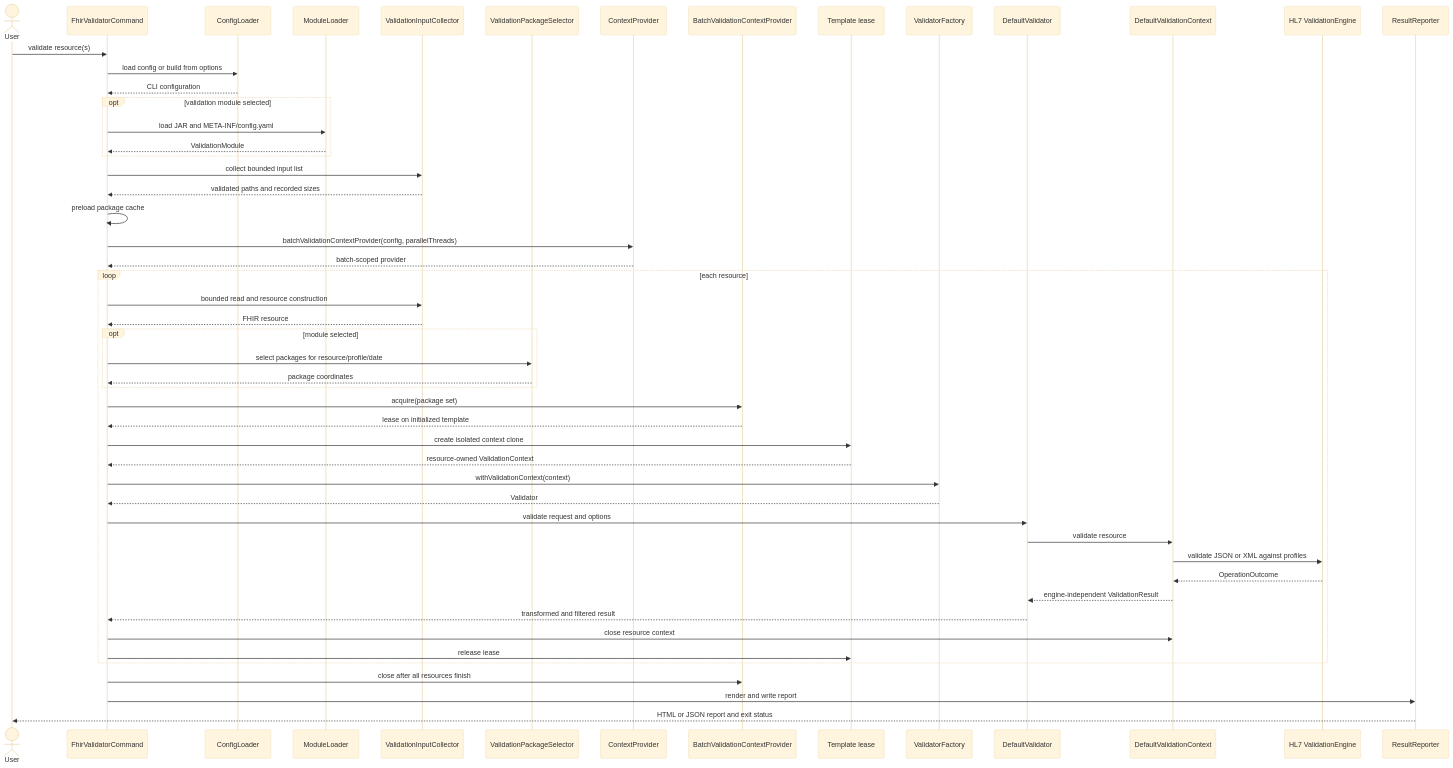
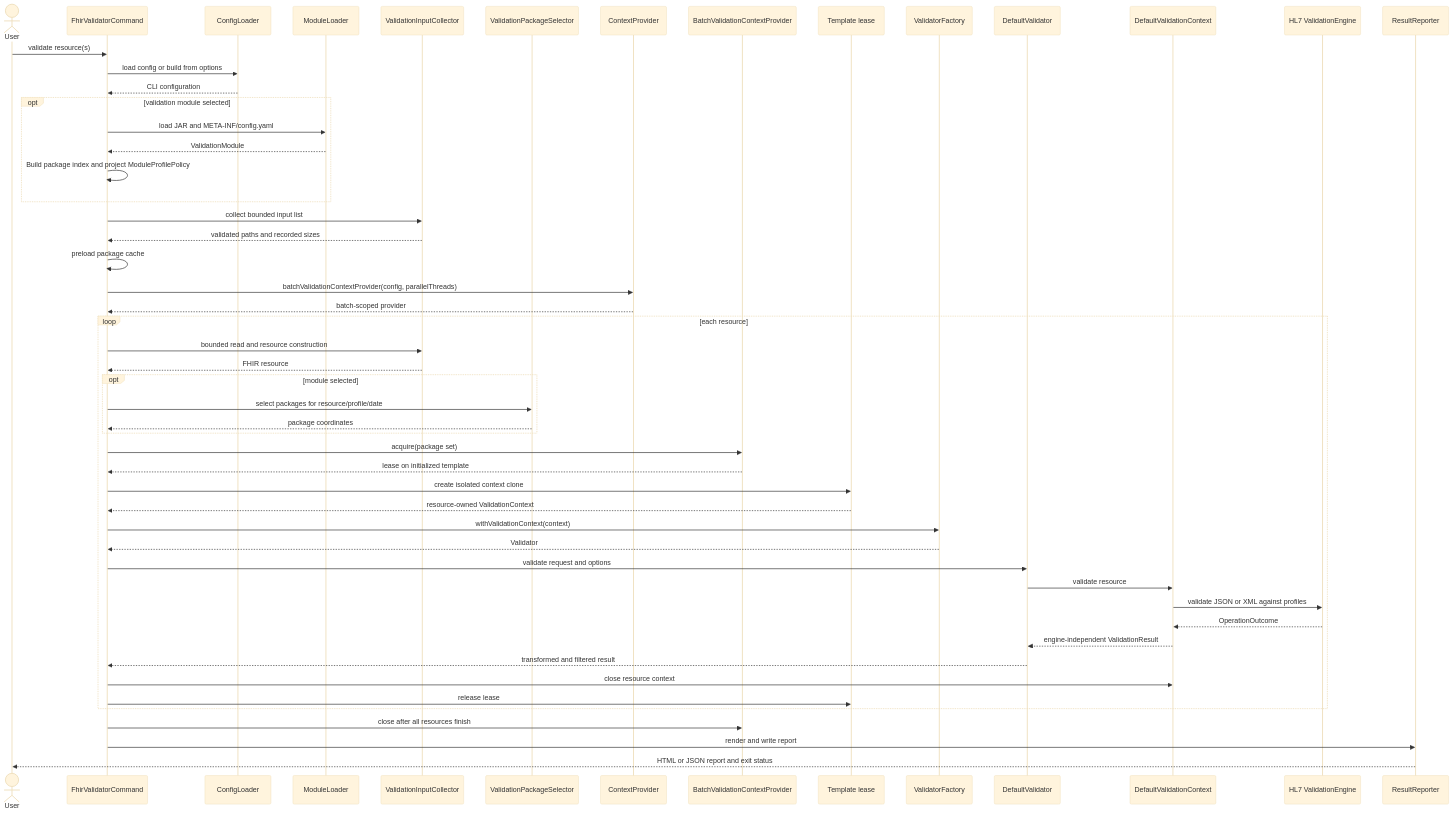
One commit to gematik/app-referencevalidator changed the first of 4 diagrams in docs/arc42/06-runtime-view.md. Above: the diagram before and after it, drawn with Mermaid (base theme). The commit also changed other lines of this file and 17 other files, not shown here.

````diff
--- a/docs/arc42/06-runtime-view.md
+++ b/docs/arc42/06-runtime-view.md
@@ -7,54 +7,55 @@
 ```mermaid
 sequenceDiagram
     actor User
     participant CLI as FhirValidatorCommand
     participant Loader as ConfigLoader
     participant Module as ModuleLoader
     participant Inputs as ValidationInputCollector
     participant Selector as ValidationPackageSelector
     participant ContextProvider
     participant Batch as BatchValidationContextProvider
     participant Template as Template lease
     participant Factory as ValidatorFactory
     participant Validator as DefaultValidator
     participant Context as DefaultValidationContext
     participant Engine as HL7 ValidationEngine
     participant Reporter as ResultReporter
     User ->> CLI: validate resource(s)
     CLI ->> Loader: load config or build from options
     Loader -->> CLI: CLI configuration
     opt validation module selected
         CLI ->> Module: load JAR and META-INF/config.yaml
         Module -->> CLI: ValidationModule
+        CLI ->> CLI: Build package index and project ModuleProfilePolicy
     end
     CLI ->> Inputs: collect bounded input list
     Inputs -->> CLI: validated paths and recorded sizes
     CLI ->> CLI: preload package cache
     CLI ->> ContextProvider: batchValidationContextProvider(config, parallelThreads)
     ContextProvider -->> CLI: batch-scoped provider
     loop each resource
         CLI ->> Inputs: bounded read and resource construction
         Inputs -->> CLI: FHIR resource
         opt module selected
             CLI ->> Selector: select packages for resource/profile/date
             Selector -->> CLI: package coordinates
         end
         CLI ->> Batch: acquire(package set)
         Batch -->> CLI: lease on initialized template
         CLI ->> Template: create isolated context clone
         Template -->> CLI: resource-owned ValidationContext
         CLI ->> Factory: withValidationContext(context)
         Factory -->> CLI: Validator
         CLI ->> Validator: validate request and options
         Validator ->> Context: validate resource
         Context ->> Engine: validate JSON or XML against profiles
         Engine -->> Context: OperationOutcome
         Context -->> Validator: engine-independent ValidationResult
         Validator -->> CLI: transformed and filtered result
         CLI ->> Context: close resource context
         CLI ->> Template: release lease
     end
     CLI ->> Batch: close after all resources finish
     CLI ->> Reporter: render and write report
     Reporter -->> User: HTML or JSON report and exit status
 ```
````
